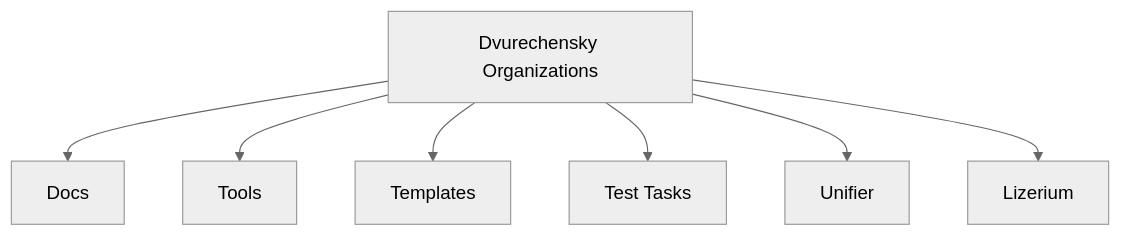
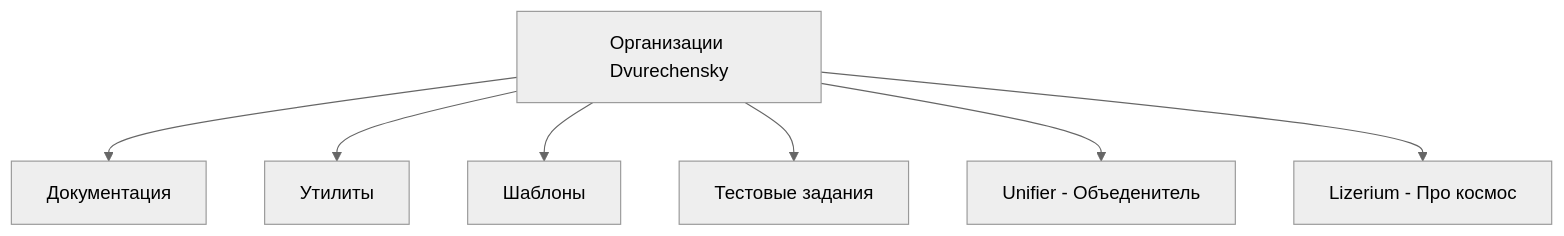
The first of 6 diagrams in docs/index.md (Dvurechensky/Dvurechensky), drawn with Mermaid (neutral theme) before and after one commit. The commit also changed other lines of this file and 1 other file, not shown here.

````diff
--- a/docs/index.md
+++ b/docs/index.md
@@ -63,9 +69,9 @@
 ```mermaid
 graph TD
-  A[Dvurechensky Organizations] --> B[Docs]
-  A --> E[Tools]
-  A --> M[Templates]
-  A --> G[Test Tasks]
-  A --> H[Unifier]
-  A --> K[Lizerium]
+  A[Организации Dvurechensky] --> B[Документация]
+  A --> E[Утилиты]
+  A --> M[Шаблоны]
+  A --> G[Тестовые задания]
+  A --> H[Unifier - Объеденитель]
+  A --> K[Lizerium - Про космос]
 ```
````
